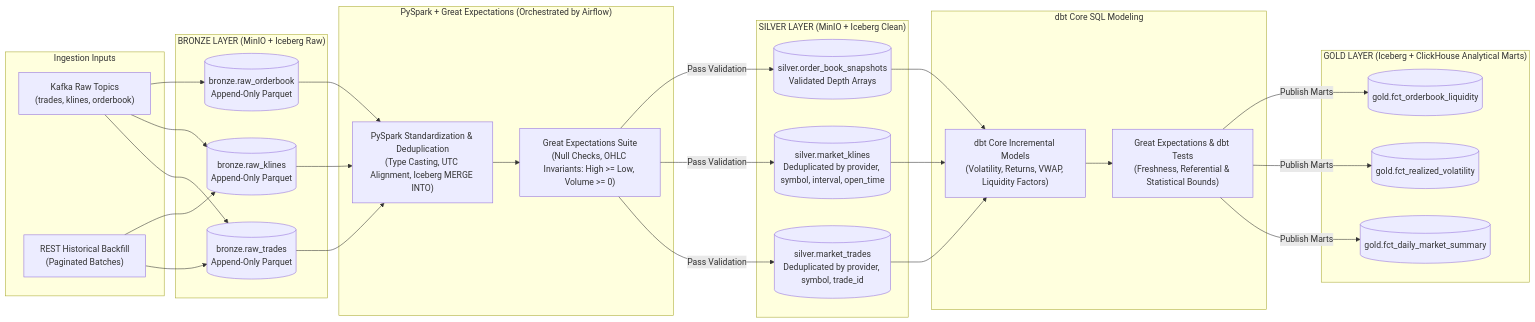
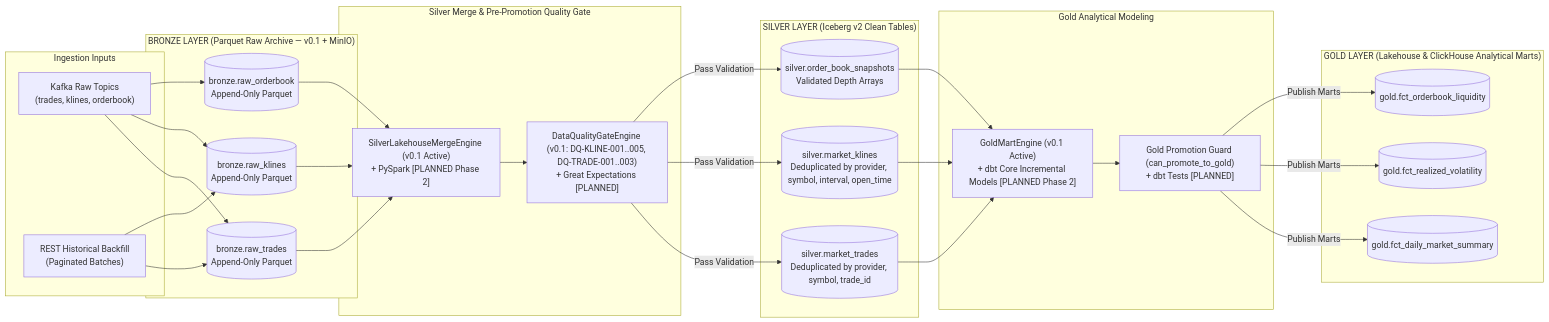
Before and after one commit to DungTran1201/FinancialMarketDataPlatform: the diagram in docs/diagrams/data-platform/07-bronze-silver-gold-flow.md, drawn with Mermaid. The commit also changed other lines of this file and 141 other files, not shown here.

Commit message:
docs: add comprehensive architecture documentation, data models, and agent definitions

````diff
--- a/docs/diagrams/data-platform/07-bronze-silver-gold-flow.md
+++ b/docs/diagrams/data-platform/07-bronze-silver-gold-flow.md
@@ -17,46 +23,46 @@
 ```mermaid
 flowchart LR
     subgraph RawSources["Ingestion Inputs"]
         KafkaStream["Kafka Raw Topics<br/>(trades, klines, orderbook)"]
         RESTBackfill["REST Historical Backfill<br/>(Paginated Batches)"]
     end
 
-    subgraph BronzeLayer["BRONZE LAYER (MinIO + Iceberg Raw)"]
+    subgraph BronzeLayer["BRONZE LAYER (Parquet Raw Archive — v0.1 + MinIO)"]
         BrzTrades[("bronze.raw_trades<br/>Append-Only Parquet")]
         BrzKlines[("bronze.raw_klines<br/>Append-Only Parquet")]
         BrzBook[("bronze.raw_orderbook<br/>Append-Only Parquet")]
     end
 
-    subgraph SilverProcessing["PySpark + Great Expectations (Orchestrated by Airflow)"]
-        SparkJob["PySpark Standardization & Deduplication<br/>(Type Casting, UTC Alignment, Iceberg MERGE INTO)"]
-        GESilver["Great Expectations Suite<br/>(Null Checks, OHLC Invariants: High >= Low, Volume >= 0)"]
+    subgraph SilverProcessing["Silver Merge & Pre-Promotion Quality Gate"]
+        SparkJob["SilverLakehouseMergeEngine (v0.1 Active)<br/>+ PySpark [PLANNED Phase 2]"]
+        GESilver["DataQualityGateEngine (v0.1: DQ-KLINE-001..005, DQ-TRADE-001..003)<br/>+ Great Expectations [PLANNED]"]
     end
 
-    subgraph SilverLayer["SILVER LAYER (MinIO + Iceberg Clean)"]
+    subgraph SilverLayer["SILVER LAYER (Iceberg v2 Clean Tables)"]
         SlvTrades[("silver.market_trades<br/>Deduplicated by provider, symbol, trade_id")]
         SlvKlines[("silver.market_klines<br/>Deduplicated by provider, symbol, interval, open_time")]
         SlvBook[("silver.order_book_snapshots<br/>Validated Depth Arrays")]
     end
 
-    subgraph GoldProcessing["dbt Core SQL Modeling"]
-        DBTModels["dbt Core Incremental Models<br/>(Volatility, Returns, VWAP, Liquidity Factors)"]
-        GEGold["Great Expectations & dbt Tests<br/>(Freshness, Referential & Statistical Bounds)"]
+    subgraph GoldProcessing["Gold Analytical Modeling"]
+        DBTModels["GoldMartEngine (v0.1 Active)<br/>+ dbt Core Incremental Models [PLANNED Phase 2]"]
+        GEGold["Gold Promotion Guard (can_promote_to_gold)<br/>+ dbt Tests [PLANNED]"]
     end
 
-    subgraph GoldLayer["GOLD LAYER (Iceberg + ClickHouse Analytical Marts)"]
+    subgraph GoldLayer["GOLD LAYER (Lakehouse & ClickHouse Analytical Marts)"]
         GldDaily[("gold.fct_daily_market_summary")]
         GldVol[("gold.fct_realized_volatility")]
         GldLiq[("gold.fct_orderbook_liquidity")]
     end
 
     KafkaStream --> BrzTrades & BrzKlines & BrzBook
     RESTBackfill --> BrzTrades & BrzKlines
 
     BrzTrades & BrzKlines & BrzBook --> SparkJob
     SparkJob --> GESilver
     GESilver -->|"Pass Validation"| SlvTrades & SlvKlines & SlvBook
 
     SlvTrades & SlvKlines & SlvBook --> DBTModels
     DBTModels --> GEGold
     GEGold -->|"Publish Marts"| GldDaily & GldVol & GldLiq
 ```
````
